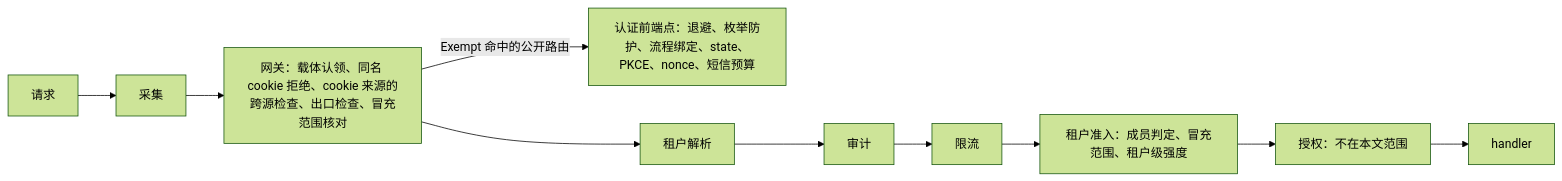
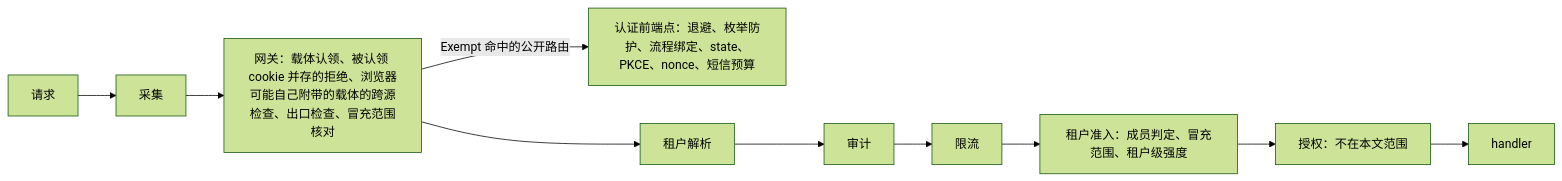
The second of 2 diagrams in docs/design/modules/design-authn-threats.md (wangzw/speed), drawn with Mermaid (forest theme) before and after one commit. The commit also changed other lines of this file and 208 other files, not shown here.

````diff
--- a/docs/design/modules/design-authn-threats.md
+++ b/docs/design/modules/design-authn-threats.md
@@ -278,12 +278,12 @@
 ```mermaid
 flowchart LR
     req["请求"] --> obs["采集"]
-    obs --> gate["网关：载体认领、同名 cookie 拒绝、cookie 来源的跨源检查、出口检查、冒充范围核对"]
+    obs --> gate["网关：载体认领、被认领 cookie 并存的拒绝、浏览器可能自己附带的载体的跨源检查、出口检查、冒充范围核对"]
     gate -->|"Exempt 命中的公开路由"| pre["认证前端点：退避、枚举防护、流程绑定、state、PKCE、nonce、短信预算"]
     gate --> resolve["租户解析"]
     resolve --> audit["审计"]
     audit --> rl["限流"]
     rl --> adm["租户准入：成员判定、冒充范围、租户级强度"]
     adm --> authz["授权：不在本文范围"]
     authz --> handler["handler"]
 ```
````
